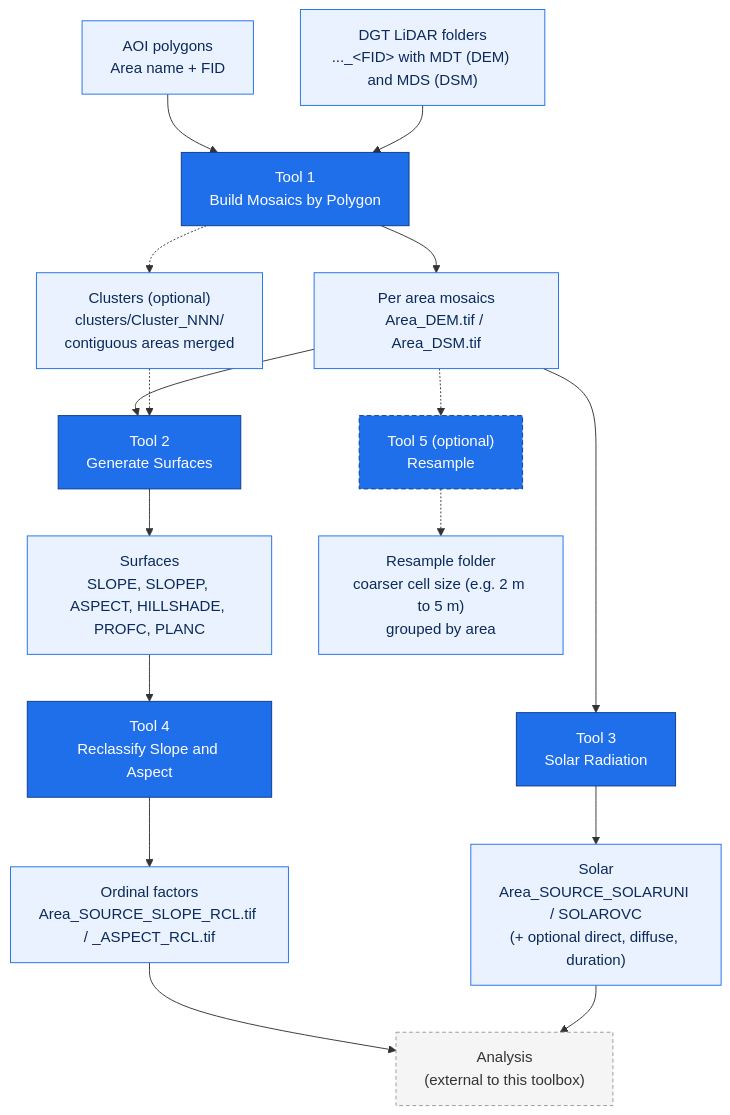
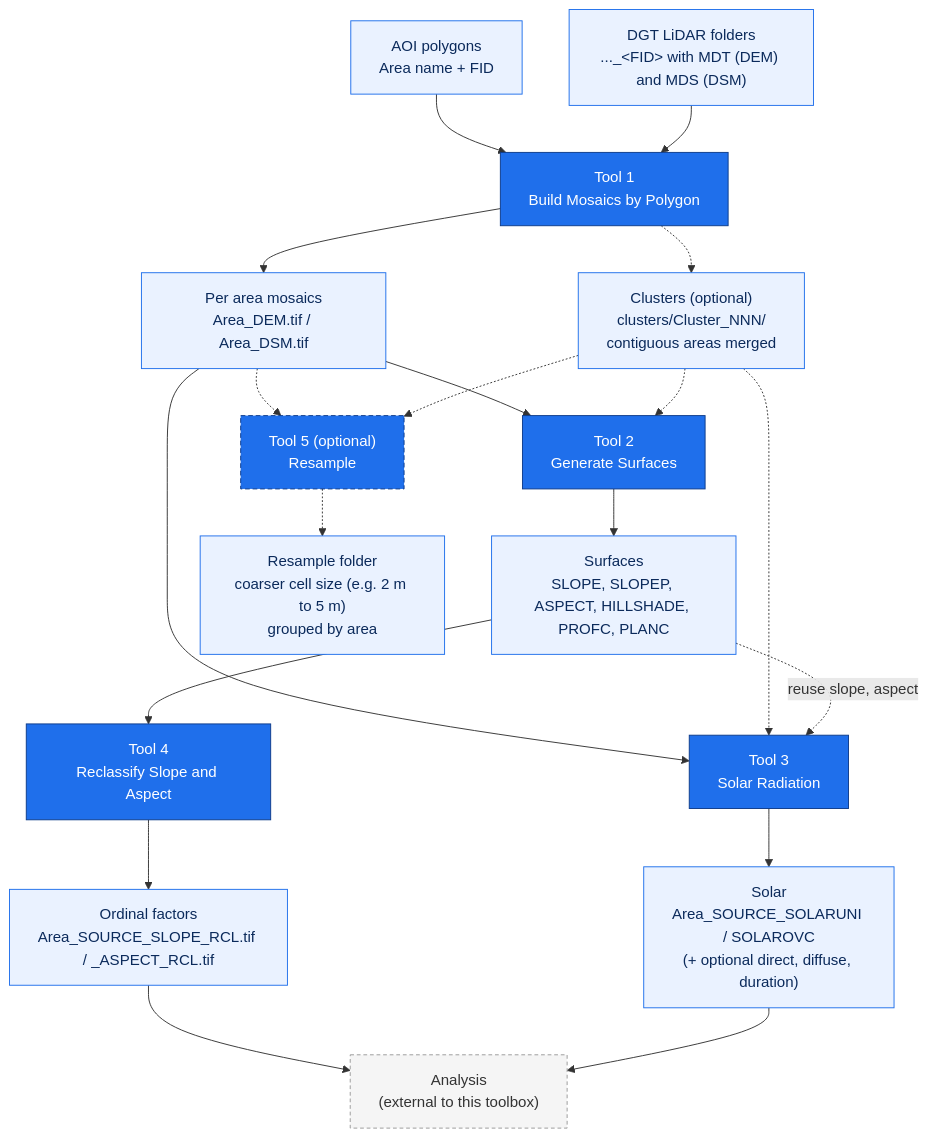
One commit to PedroMMGoncalves/lidar-terrain-arcgis-tools changed the diagram in README.md. Above: the diagram before and after it, drawn with Mermaid.

Commit message:
Wire clusters and the slope/aspect reuse into the diagram
Cluster mosaics feed Tools 2, 3 and 5 like the per area mosaics, and the Tool 2 slope and
aspect rasters feed Tool 3 when the reuse option is on. Add those edges to the Method
diagram.

````diff
--- a/README.md
+++ b/README.md
@@ -38,30 +38,33 @@
 ```mermaid
 flowchart TD
     AOI["AOI polygons<br/>Area name + FID"]
     LID["DGT LiDAR folders<br/>..._&lt;FID&gt; with MDT (DEM) and MDS (DSM)"]
     AOI --> T1
     LID --> T1
     T1["Tool 1<br/>Build Mosaics by Polygon"]
     T1 --> M["Per area mosaics<br/>Area_DEM.tif / Area_DSM.tif"]
     T1 -.-> CL["Clusters (optional)<br/>clusters/Cluster_NNN/<br/>contiguous areas merged"]
     M --> T2["Tool 2<br/>Generate Surfaces"]
     M --> T3["Tool 3<br/>Solar Radiation"]
     M -.-> T5["Tool 5 (optional)<br/>Resample"]
     CL -.-> T2
+    CL -.-> T3
+    CL -.-> T5
     T2 --> S["Surfaces<br/>SLOPE, SLOPEP, ASPECT, HILLSHADE, PROFC, PLANC"]
+    S -.->|reuse slope, aspect| T3
     T3 --> SOL["Solar<br/>Area_SOURCE_SOLARUNI / SOLAROVC<br/>(+ optional direct, diffuse, duration)"]
     T5 -.-> RS["Resample folder<br/>coarser cell size (e.g. 2 m to 5 m)<br/>grouped by area"]
     S --> T4["Tool 4<br/>Reclassify Slope and Aspect"]
     T4 --> RCL["Ordinal factors<br/>Area_SOURCE_SLOPE_RCL.tif / _ASPECT_RCL.tif"]
     RCL --> EXT["Analysis<br/>(external to this toolbox)"]
     SOL --> EXT
 
     classDef tool fill:#1f6feb,stroke:#0d3b8a,color:#ffffff;
     classDef opttool fill:#1f6feb,stroke:#0d3b8a,color:#ffffff,stroke-dasharray:5 3;
     classDef data fill:#eaf2ff,stroke:#1f6feb,color:#0b2a5b;
     classDef ext fill:#f5f5f5,stroke:#999999,color:#333333,stroke-dasharray:4 3;
     class T1,T2,T3,T4 tool;
     class T5 opttool;
     class AOI,LID,M,S,SOL,RCL,RS,CL data;
     class EXT ext;
 ```
````
